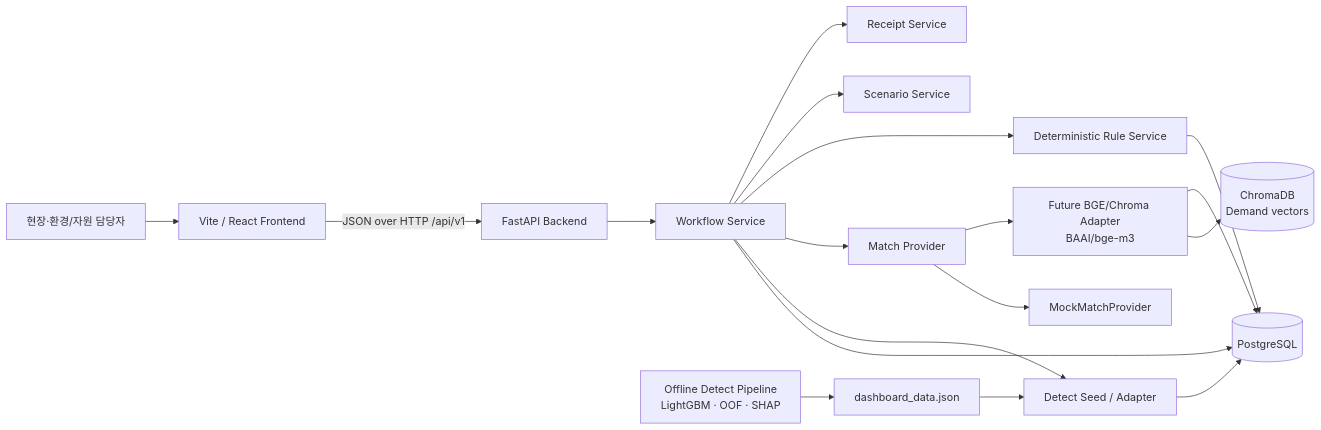
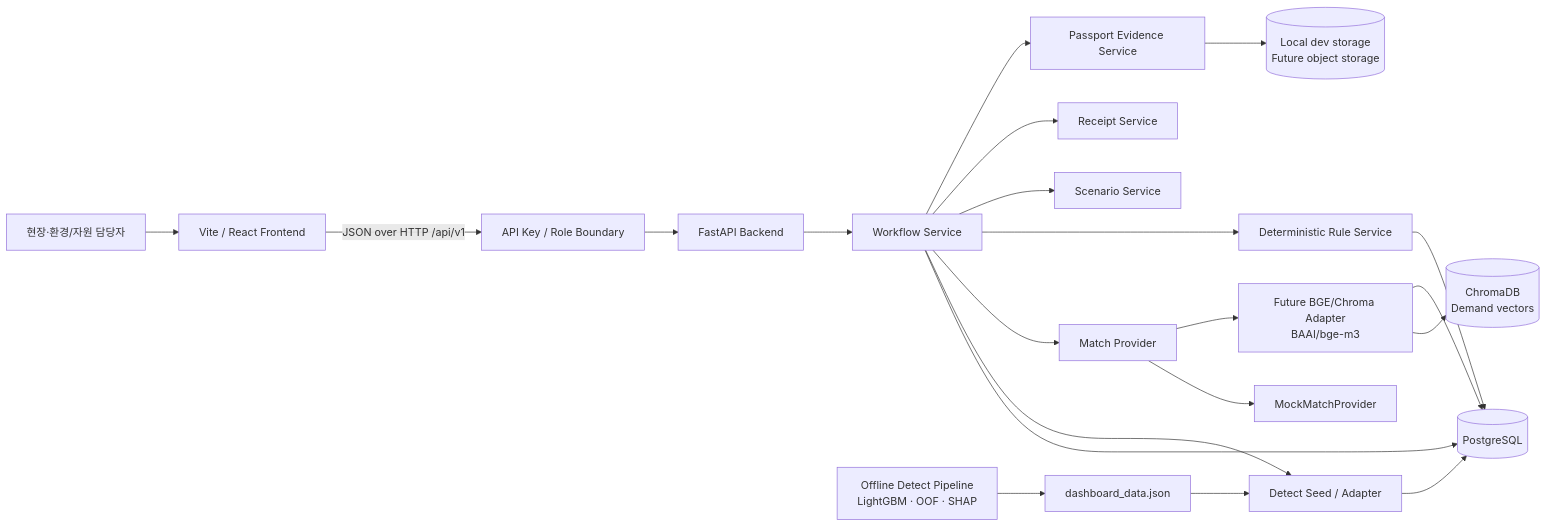
One commit to wowuwewn/greenfab-loop changed the diagram in docs/architecture.md. Above: the diagram before and after it, drawn with Mermaid. The commit also changed other lines of this file and 34 other files, not shown here.

````diff
--- a/docs/architecture.md
+++ b/docs/architecture.md
@@ -18,23 +18,26 @@
 ```mermaid
 flowchart LR
     U["현장·환경/자원 담당자"] --> F["Vite / React Frontend"]
-    F -->|"JSON over HTTP /api/v1"| B["FastAPI Backend"]
+    F -->|"JSON over HTTP /api/v1"| A["API Key / Role Boundary"]
+    A --> B["FastAPI Backend"]
 
     B --> W["Workflow Service"]
     W --> P[("PostgreSQL")]
     W --> D["Detect Seed / Adapter"]
     W --> M["Match Provider"]
     W --> R["Deterministic Rule Service"]
     W --> S["Scenario Service"]
     W --> G["Receipt Service"]
+    W --> E["Passport Evidence Service"]
+    E --> L[("Local dev storage\nFuture object storage")]
 
     DP["Offline Detect Pipeline\nLightGBM · OOF · SHAP"] --> O["dashboard_data.json"]
     O --> D
     D --> P
 
     M --> MM["MockMatchProvider"]
     M --> BM["Future BGE/Chroma Adapter\nBAAI/bge-m3"]
     BM --> C[("ChromaDB\nDemand vectors")]
     BM --> P
     R --> P
 ```
````
